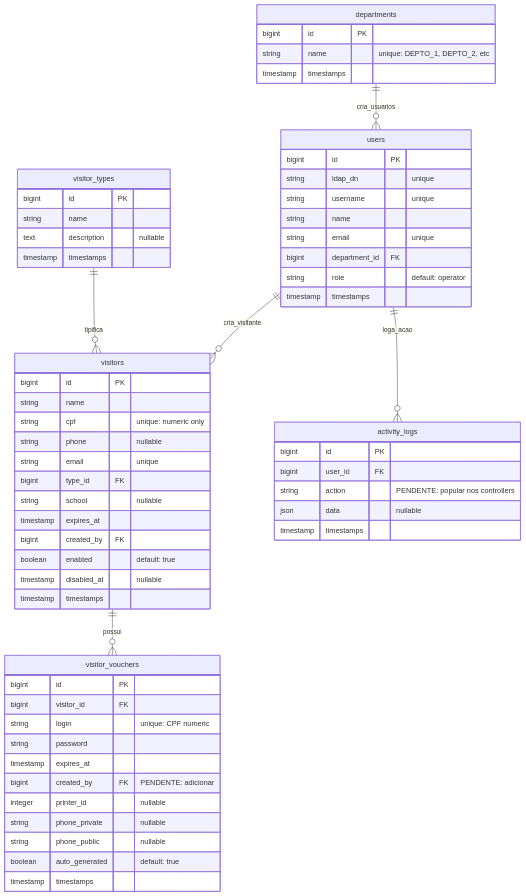
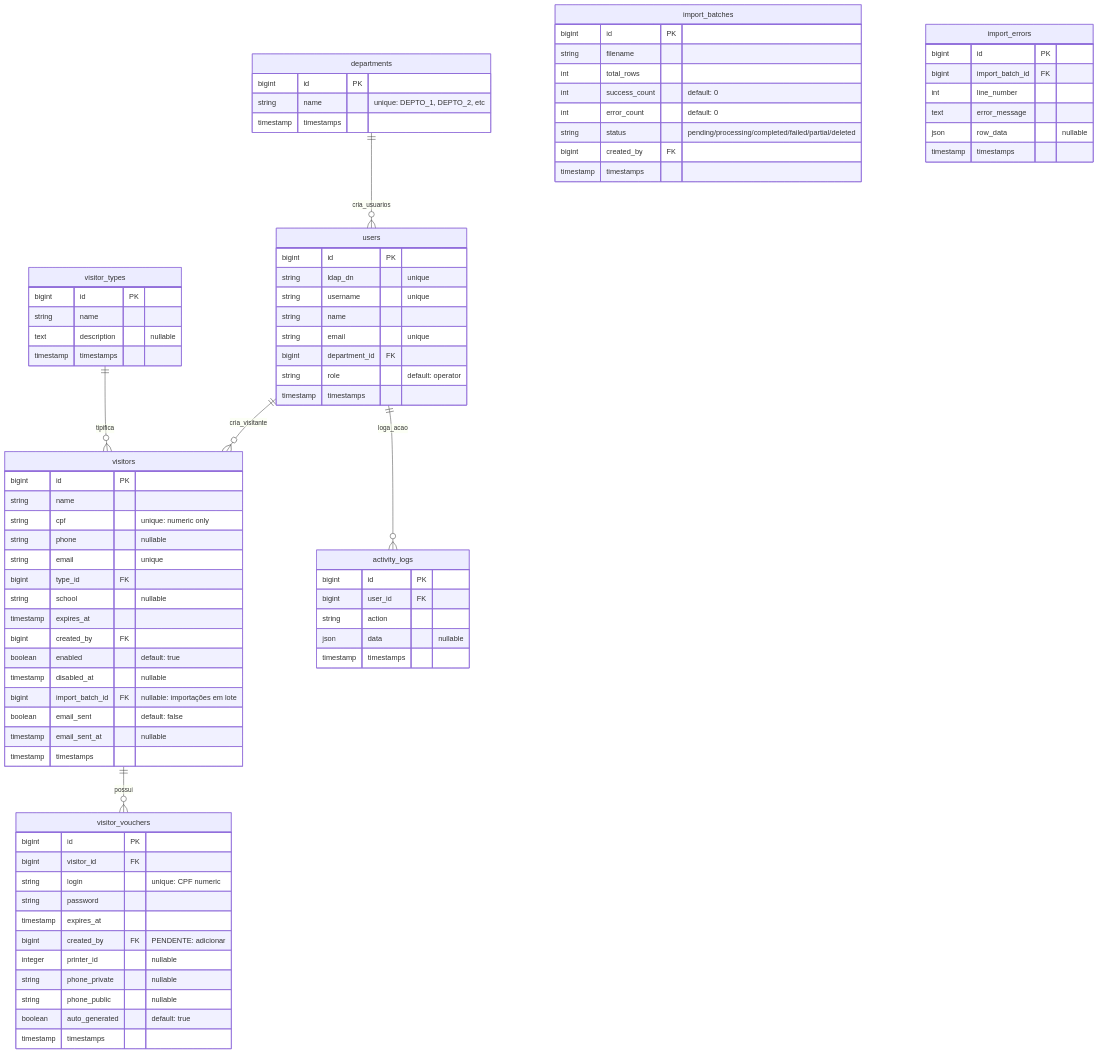
The diagram in docs/ssd.md (lucasgfaj/net-gp), drawn with Mermaid before and after one commit. The commit also changed other lines of this file and 21 other files, not shown here.

First line of the commit message:
feat: implement visitor batch import via CSV

````diff
--- a/docs/ssd.md
+++ b/docs/ssd.md
@@ -103,6 +103,9 @@
         bigint created_by FK
         boolean enabled "default: true"
         timestamp disabled_at "nullable"
+        bigint import_batch_id FK "nullable: importações em lote"
+        boolean email_sent "default: false"
+        timestamp email_sent_at "nullable"
         timestamp timestamps
     }
 
@@ -123,8 +126,28 @@
     activity_logs {
         bigint id PK
         bigint user_id FK
-        string action "PENDENTE: popular nos controllers"
+        string action
         json data "nullable"
         timestamp timestamps
     }
+
+    import_batches {
+        bigint id PK
+        string filename
+        int total_rows
+        int success_count "default: 0"
+        int error_count "default: 0"
+        string status "pending/processing/completed/failed/partial/deleted"
+        bigint created_by FK
+        timestamp timestamps
+    }
+
+    import_errors {
+        bigint id PK
+        bigint import_batch_id FK
+        int line_number
+        text error_message
+        json row_data "nullable"
+        timestamp timestamps
+    }
 ```
````
